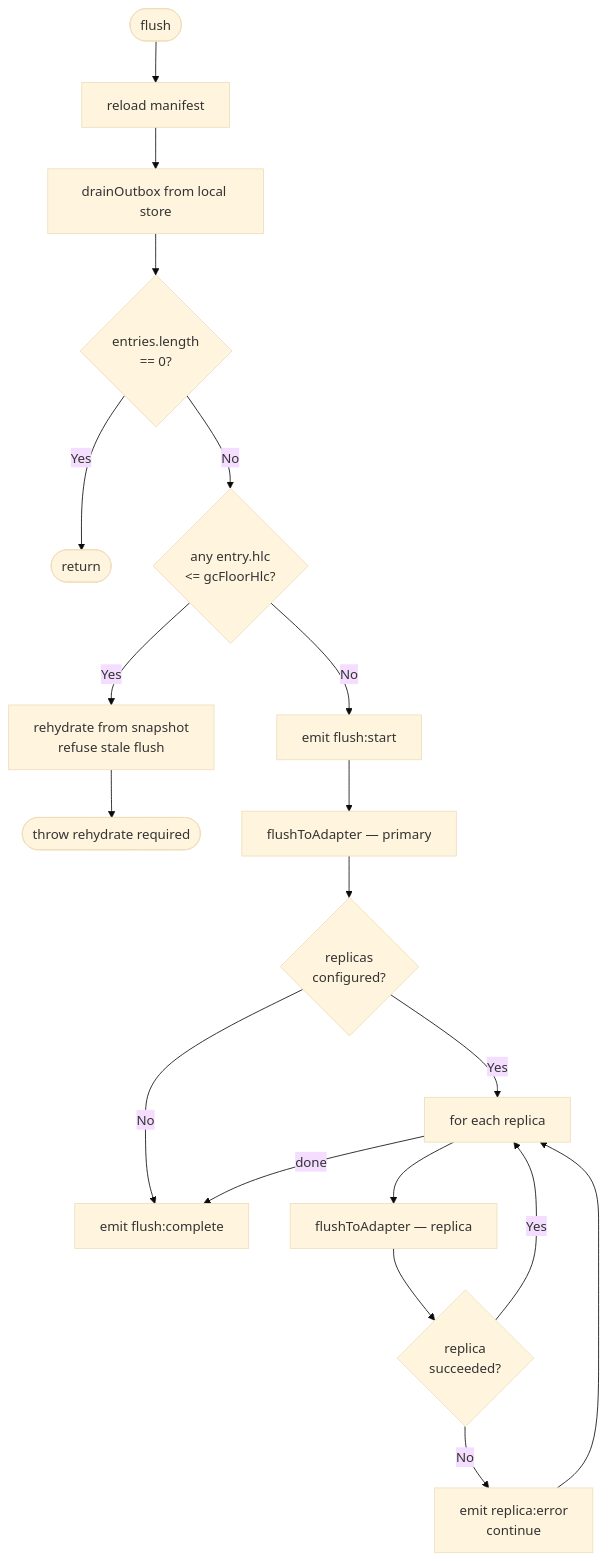
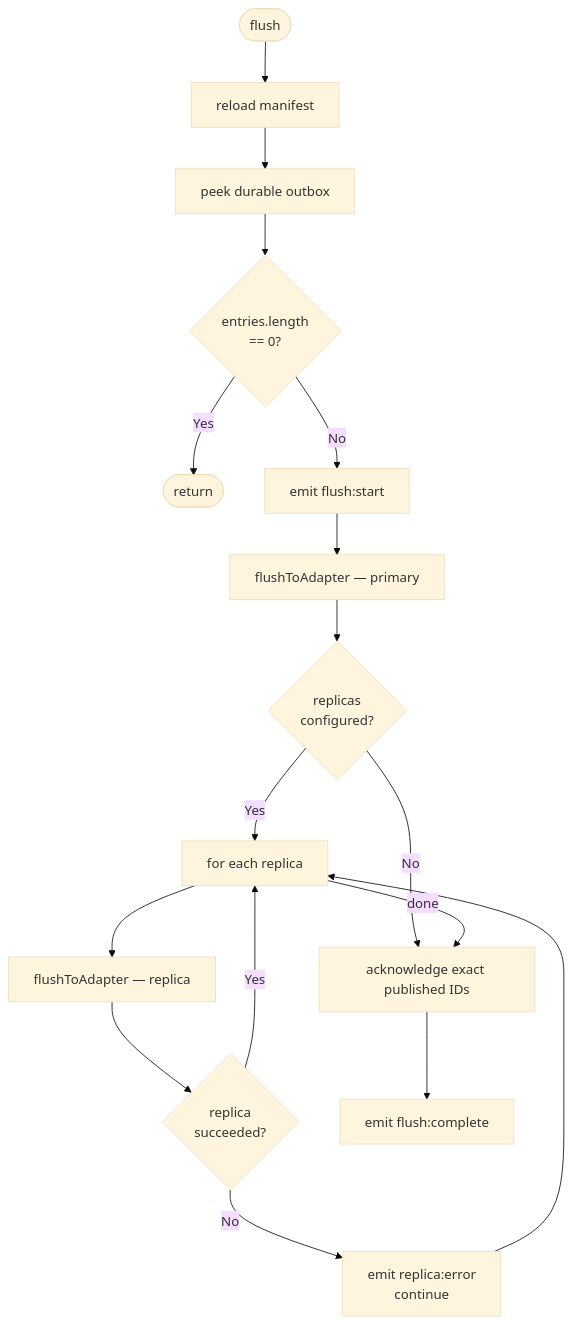
The third of 7 diagrams in docs/flows.md (Machine-Garden/interocitor), drawn with Mermaid (base theme) before and after one commit. The commit also changed other lines of this file and 49 other files, not shown here.

````diff
--- a/docs/flows.md
+++ b/docs/flows.md
@@ -135,21 +125,19 @@
 ```mermaid
 flowchart TD
     A([flush]) --> A1[reload manifest]
-    A1 --> B[drainOutbox from local store]
+    A1 --> B[peek durable outbox]
     B --> C{entries.length\n== 0?}
     C -- Yes --> DONE([return])
-    C -- No --> C1{any entry.hlc\n<= gcFloorHlc?}
-    C1 -- Yes --> R[rehydrate from snapshot\nrefuse stale flush]
-    R --> ERR([throw rehydrate required])
-    C1 -- No --> D[emit flush:start]
+    C -- No --> D[emit flush:start]
     D --> E[flushToAdapter — primary]
     E --> F{replicas\nconfigured?}
-    F -- No --> G[emit flush:complete]
+    F -- No --> ACK[acknowledge exact published IDs]
     F -- Yes --> H[for each replica]
     H --> I[flushToAdapter — replica]
     I --> J{replica\nsucceeded?}
     J -- No --> K[emit replica:error\ncontinue]
     J -- Yes --> H
     K --> H
-    H -- done --> G
+    H -- done --> ACK
+    ACK --> G[emit flush:complete]
 ```
````
